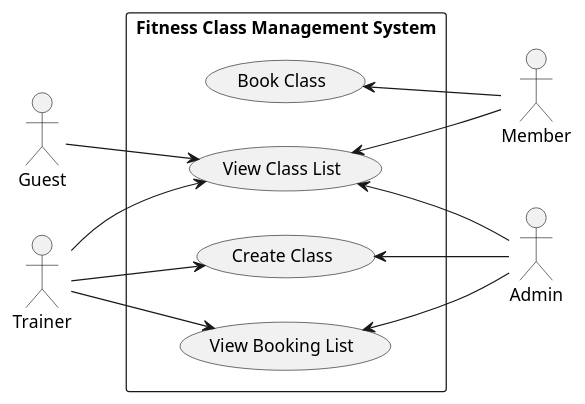
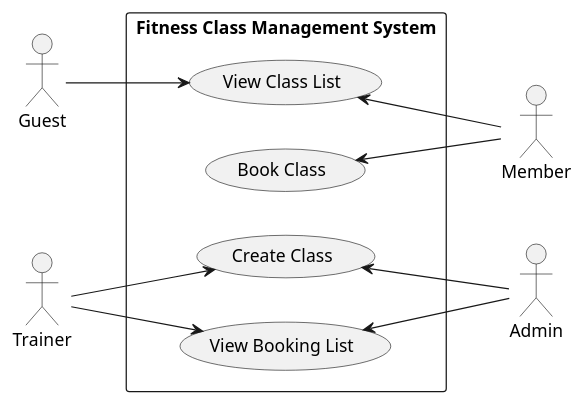
One commit to cs-uh-2012-spring26/cs-uh-2012-spring26-section002-cs-uh-2012-software_engineering_groupproject-cs-uh-2012-spring26-sect changed the diagram in reports/uml/Main-uml-diagram.plantuml. Above: the diagram before and after it, drawn with PlantUML. The commit also changed 3 other files, not shown here.

```diff
--- a/reports/uml/Main-uml-diagram.plantuml
+++ b/reports/uml/Main-uml-diagram.plantuml
@@ -1,33 +1,31 @@
 @startuml
 left to right direction
 
 actor Guest
 actor Trainer
 
 rectangle "Fitness Class Management System" {
 
   usecase "View Class List" as UC1
   usecase "Book Class" as UC2
   usecase "Create Class" as UC3
   usecase "View Booking List" as UC4
 }
 
 actor Member
 actor Admin
 
 ' Left side actors
 Guest --> UC1
-Trainer --> UC1
 
 Trainer --> UC3
 Trainer --> UC4
 
 ' Right side actors (reverse arrow)
 UC1 <-- Member
 UC2 <-- Member
-UC1 <-- Admin
 
 UC3 <-- Admin
 UC4 <-- Admin
 
 @enduml
```
